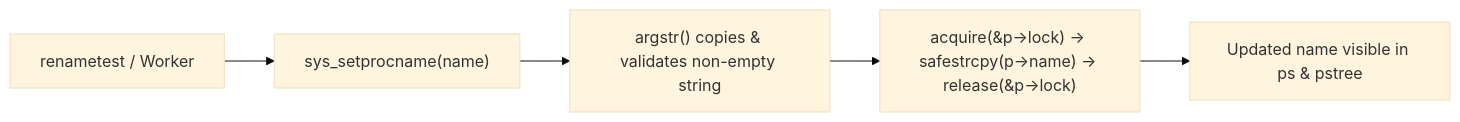
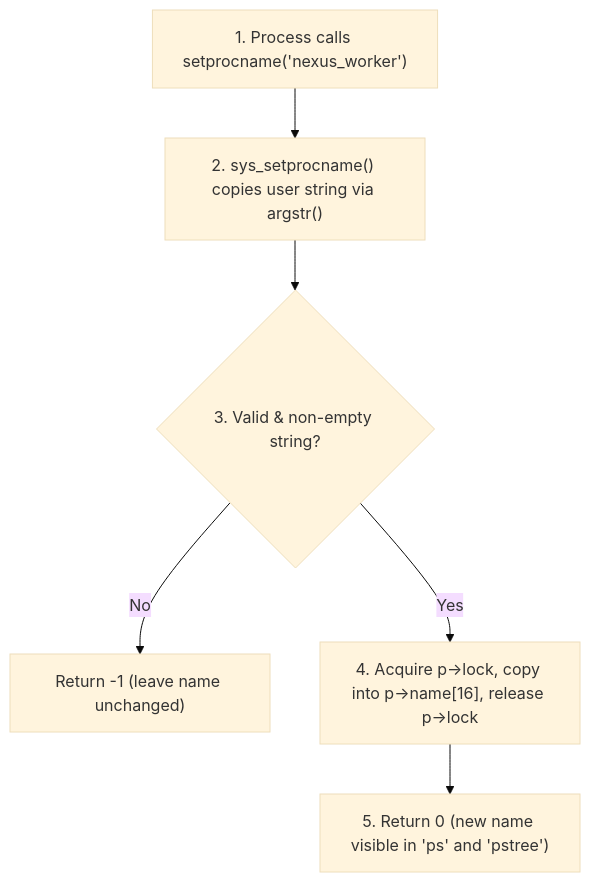
One commit to asbahkhan67-ctrl/xv6-riscv changed diagram 16 of 21 in README.md. Above: the diagram before and after it, drawn with Mermaid (base theme). The commit also changed other lines of this file, not shown here.

````diff
--- a/README.md
+++ b/README.md
@@ -547,7 +675,8 @@
 ```mermaid
-flowchart LR
-    U["renametest / Worker"] --> A["sys_setprocname(name)"]
-    A --> V["argstr() copies & validates non-empty string"]
-    V --> L["acquire(&p->lock) -> safestrcpy(p->name) -> release(&p->lock)"]
-    L --> PS["Updated name visible in ps & pstree"]
+flowchart TD
+    U["1. Process calls setprocname('nexus_worker')"] --> K1["2. sys_setprocname() copies user string via argstr()"]
+    K1 --> K2{"3. Valid & non-empty string?"}
+    K2 -- "No" --> ERR["Return -1 (leave name unchanged)"]
+    K2 -- "Yes" --> K3["4. Acquire p->lock, copy into p->name[16], release p->lock"]
+    K3 --> OUT["5. Return 0 (new name visible in 'ps' and 'pstree')"]
 ```
````
